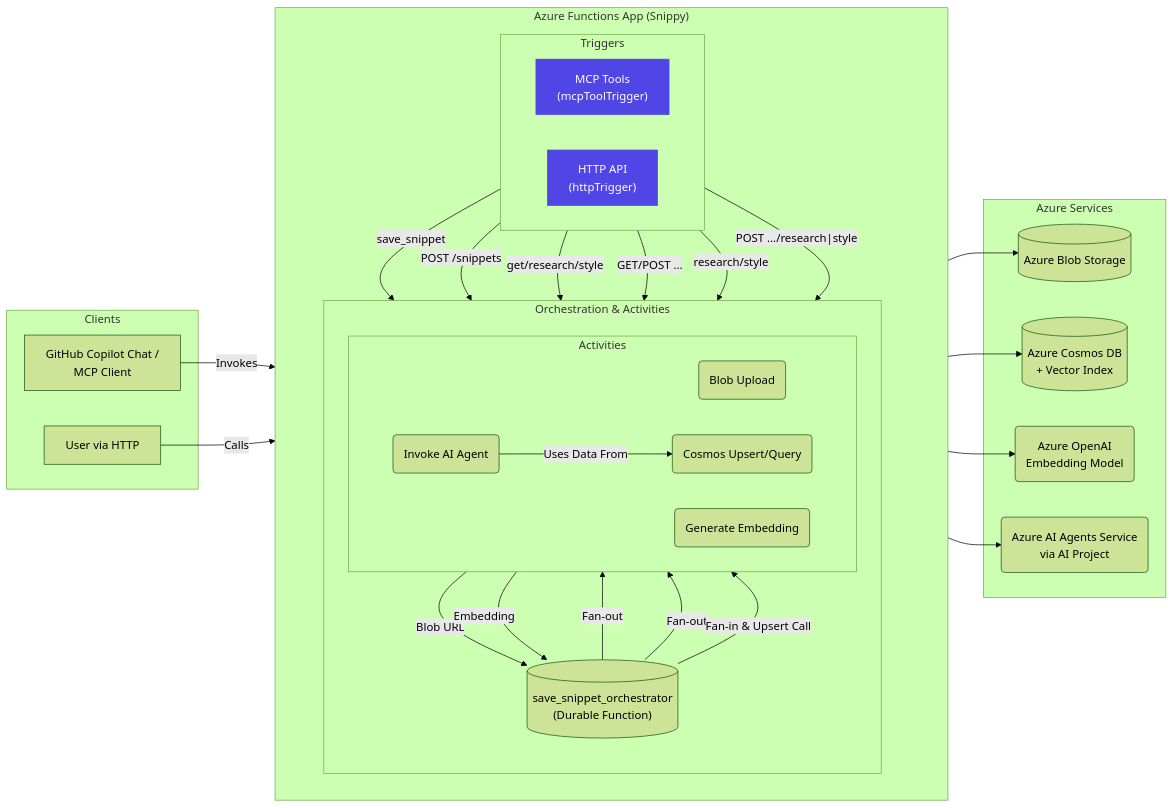
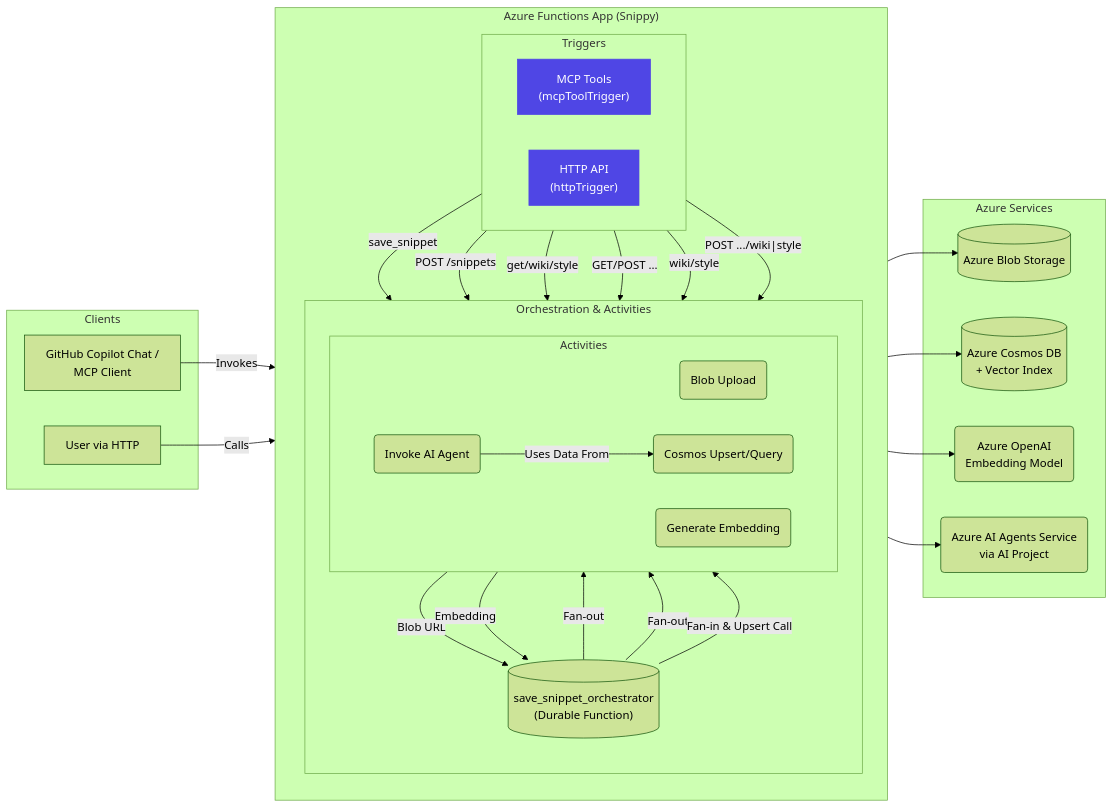
One commit to zevanreg/snippy-ai-hackathon changed the diagram in README.md. Above: the diagram before and after it, drawn with Mermaid (forest theme). The commit also changed other lines of this file and 4 other files, not shown here.

````diff
--- a/README.md
+++ b/README.md
@@ -201,61 +78,61 @@
 ```mermaid
 graph LR
   subgraph "Clients"
     Copilot[GitHub Copilot Chat /<br>MCP Client]
     User[User via HTTP]
   end
 
   subgraph "Azure Functions App (Snippy)"
     direction TB
     subgraph "Triggers"
       direction LR
       MCPTools["MCP Tools<br>(mcpToolTrigger)"]:::tool
       HttpApi["HTTP API<br>(httpTrigger)"]:::tool
     end
 
     subgraph "Orchestration & Activities"
       direction TB
       Orch[("save_snippet_orchestrator<br>(Durable Function)")]
       subgraph "Activities"
         direction LR
         BlobAct("Blob Upload")
         EmbedAct("Generate Embedding")
         CosmosAct("Cosmos Upsert/Query")
         AgentAct("Invoke AI Agent")
       end
     end
 
     MCPTools -- "save_snippet" --> Orch
     HttpApi -- "POST /snippets" --> Orch
 
     Orch -- Fan-out --> BlobAct
     Orch -- Fan-out --> EmbedAct
     BlobAct -- Blob URL --> Orch
     EmbedAct -- Embedding --> Orch
     Orch -- Fan-in & Upsert Call --> CosmosAct
 
-    MCPTools -- "get/research/style" --> CosmosAct
+    MCPTools -- "get/wiki/style" --> CosmosAct
     HttpApi -- "GET/POST ..." --> CosmosAct
-    MCPTools -- "research/style" --> AgentAct
-    HttpApi -- "POST .../research|style" --> AgentAct
+    MCPTools -- "wiki/style" --> AgentAct
+    HttpApi -- "POST .../wiki|style" --> AgentAct
     AgentAct -- Uses Data From --> CosmosAct
 
   end
 
   subgraph "Azure Services"
     Blob[(Azure Blob Storage)]
     Cosmos[(Azure Cosmos DB<br>+ Vector Index)]
     AOAI(Azure OpenAI<br>Embedding Model)
     AIAgents(Azure AI Agents Service<br>via AI Project)
   end
 
   classDef tool fill:#4F46E5,color:#fff,stroke:#4F46E5
 
   Copilot -- Invokes --> MCPTools
   User -- Calls --> HttpApi
 
   BlobAct --> Blob
   EmbedAct --> AOAI
   CosmosAct --> Cosmos
   AgentAct --> AIAgents
 ```
````
